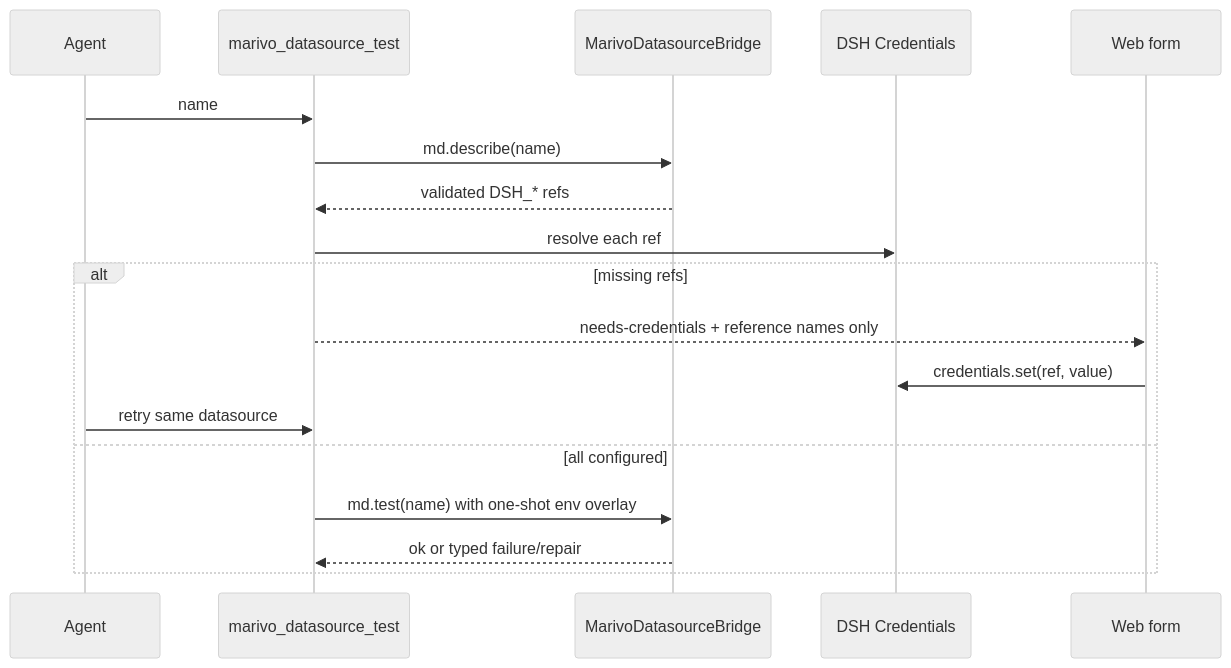
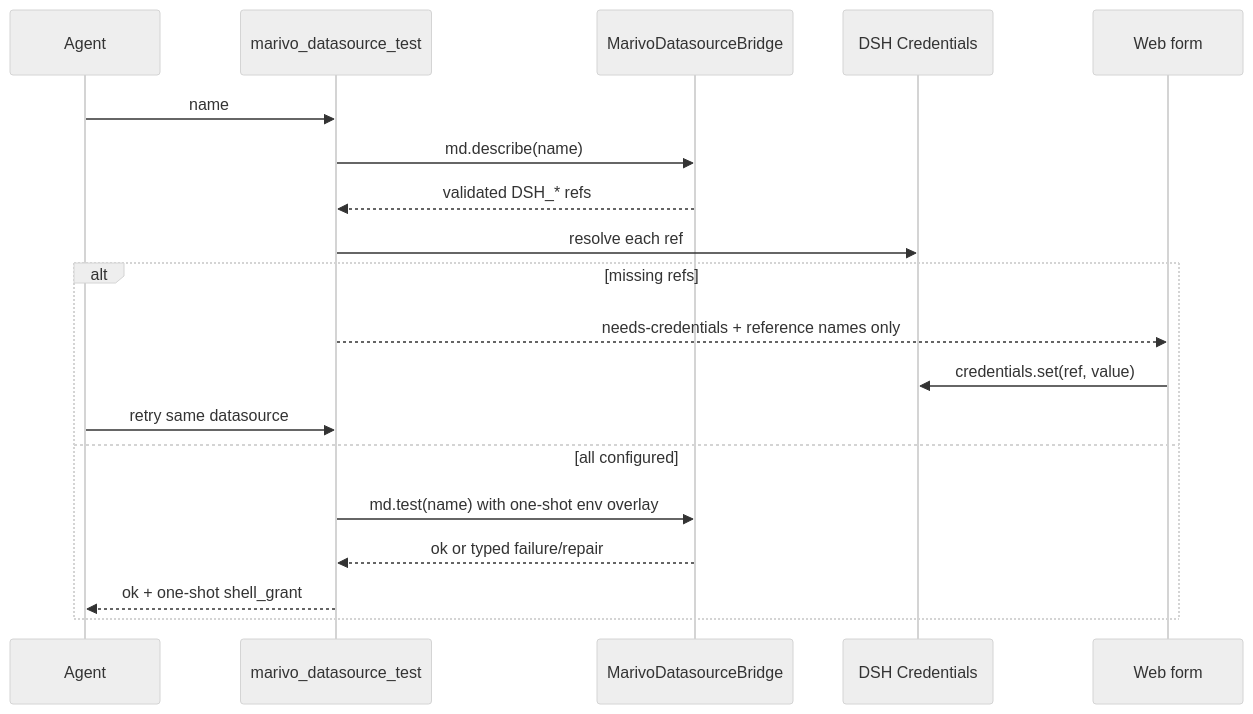
Before and after one commit to chengxianglibra/dsh-data-analysis: the diagram in docs/modules/datasource-credentials.md, drawn with Mermaid (neutral theme). The commit also changed other lines of this file and 74 other files, not shown here.

````diff
--- a/docs/modules/datasource-credentials.md
+++ b/docs/modules/datasource-credentials.md
@@ -14,20 +14,21 @@
 ```mermaid
 sequenceDiagram
   participant A as Agent
   participant T as marivo_datasource_test
   participant M as MarivoDatasourceBridge
   participant C as DSH Credentials
   participant W as Web form
   A->>T: name
   T->>M: md.describe(name)
   M-->>T: validated DSH_* refs
   T->>C: resolve each ref
   alt missing refs
     T-->>W: needs-credentials + reference names only
     W->>C: credentials.set(ref, value)
     A->>T: retry same datasource
   else all configured
     T->>M: md.test(name) with one-shot env overlay
     M-->>T: ok or typed failure/repair
+    T-->>A: ok + one-shot shell_grant
   end
 ```
````
